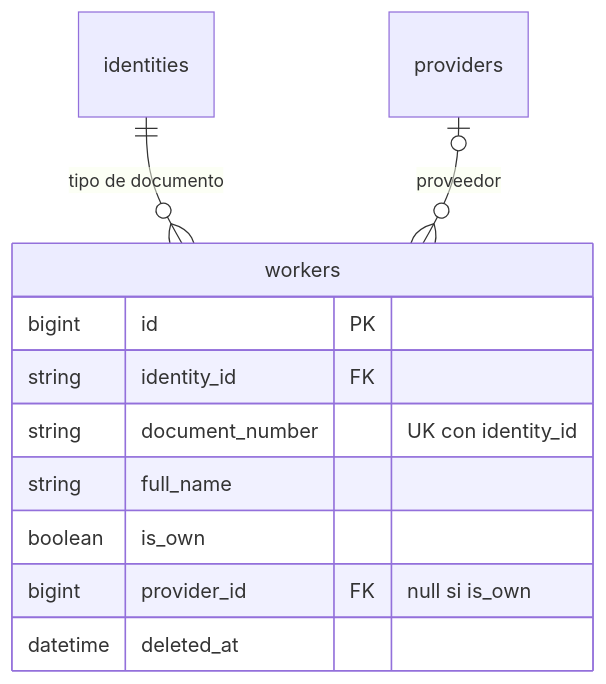
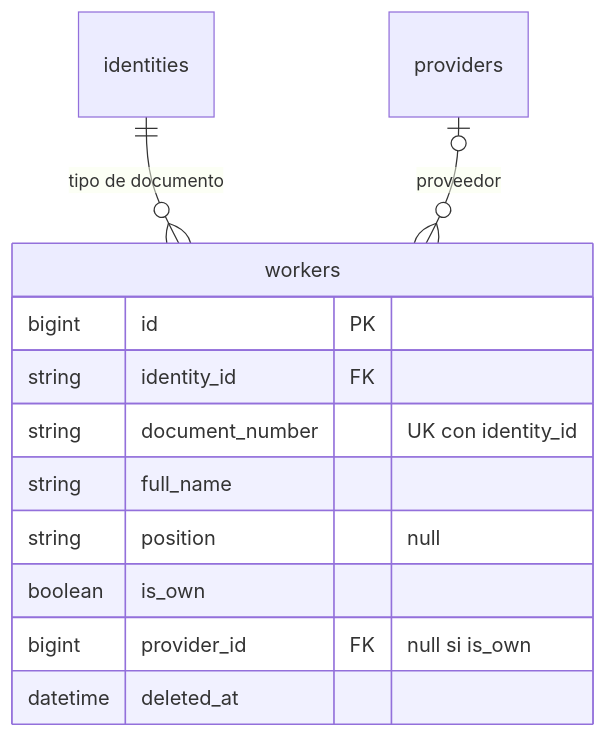
One commit to Cerati1998/SIGLA-TOS changed the seventh of 7 diagrams in docs/database.md. Above: the diagram before and after it, drawn with Mermaid. The commit also changed other lines of this file and 3 other files, not shown here.

````diff
--- a/docs/database.md
+++ b/docs/database.md
@@ -289,15 +289,16 @@
 ```mermaid
 erDiagram
   identities ||--o{ workers : "tipo de documento"
   providers |o--o{ workers : "proveedor"
 
   workers {
     bigint id PK
     string identity_id FK
     string document_number "UK con identity_id"
     string full_name
+    string position "null"
     boolean is_own
     bigint provider_id FK "null si is_own"
     datetime deleted_at
   }
 ```
````
